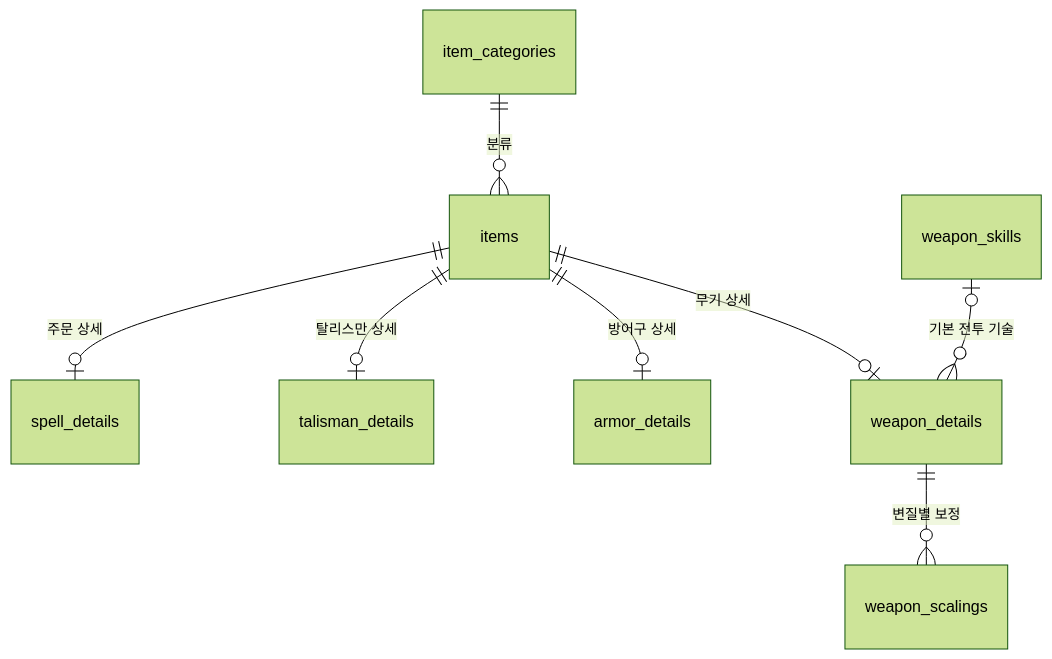
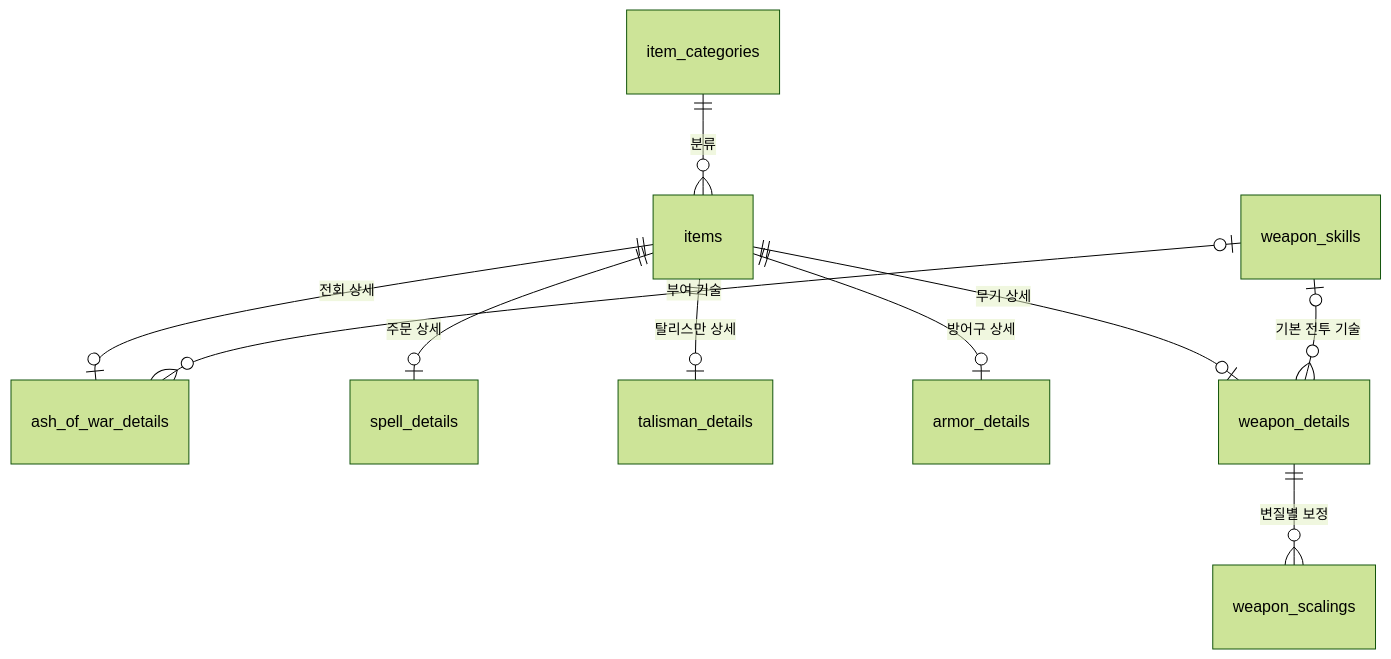
The diagram in docs/DATABASE.md (qpow1018/elden-wiki), drawn with Mermaid (forest theme) before and after one commit. The commit also changed other lines of this file and 8 other files, not shown here.

````diff
--- a/docs/DATABASE.md
+++ b/docs/DATABASE.md
@@ -34,10 +34,12 @@
 ```mermaid
 erDiagram
   item_categories ||--o{ items : "분류"
+  items ||--o| ash_of_war_details : "전회 상세"
+  weapon_skills o|--o{ ash_of_war_details : "부여 기술"
   items ||--o| spell_details : "주문 상세"
   items ||--o| talisman_details : "탈리스만 상세"
   items ||--o| armor_details : "방어구 상세"
   items ||--o| weapon_details : "무기 상세"
   weapon_skills o|--o{ weapon_details : "기본 전투 기술"
   weapon_details ||--o{ weapon_scalings : "변질별 보정"
 ```
````
